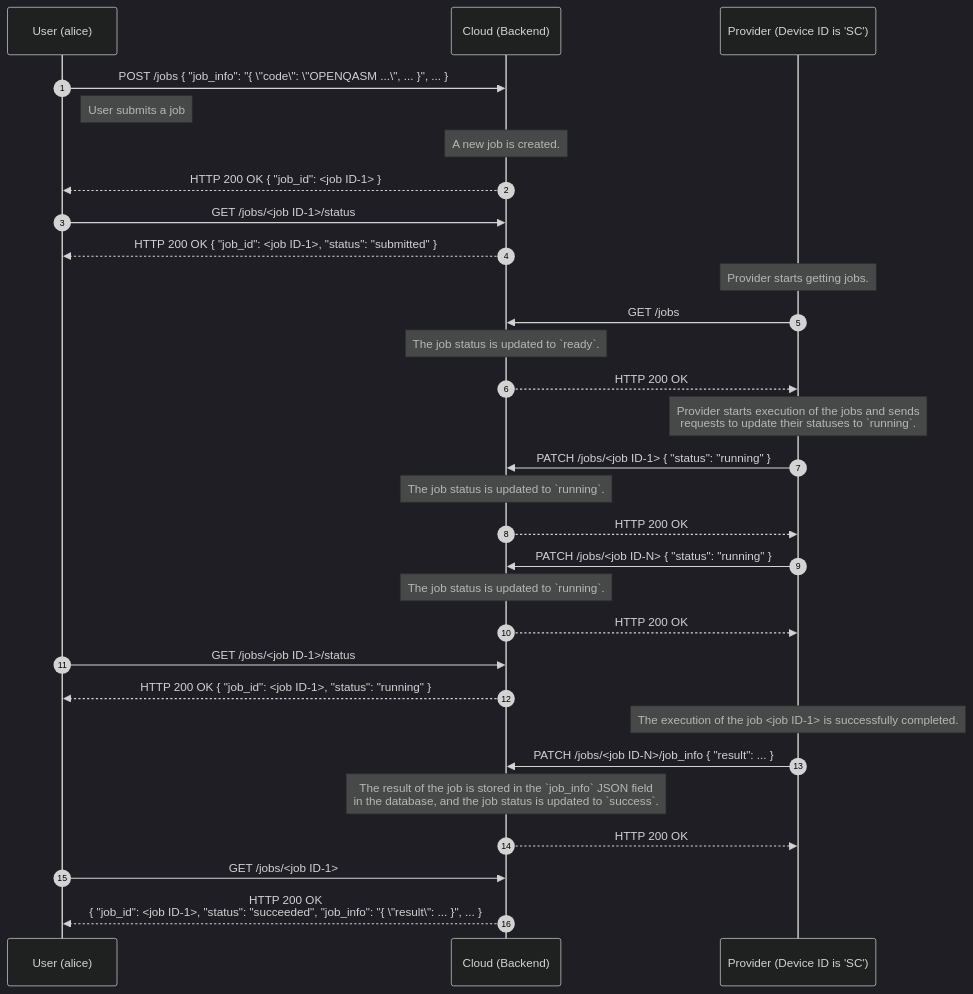
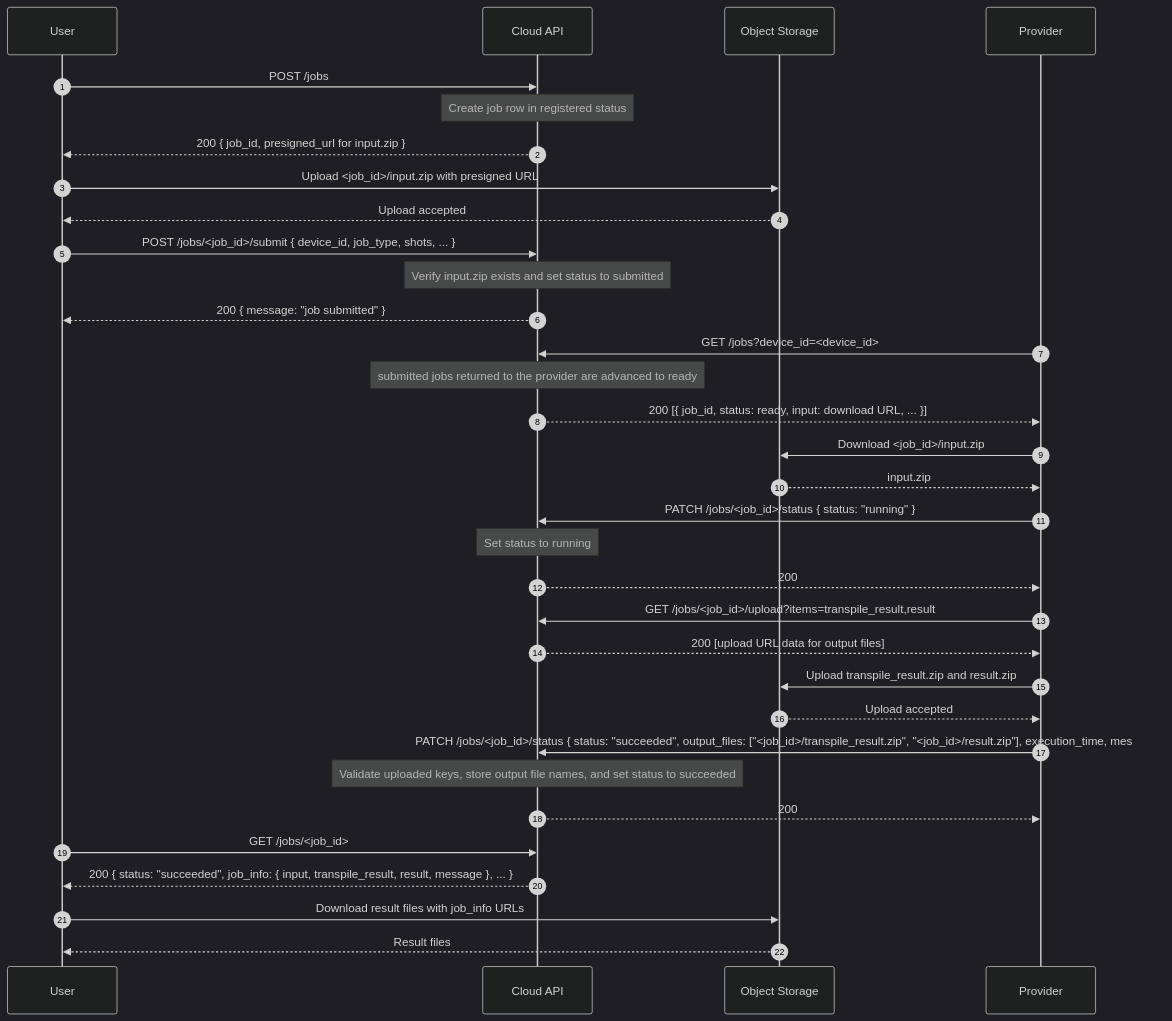
One commit to oqtopus-team/oqtopus-cloud changed the first of 3 diagrams in docs/en/architecture/sequence_diagram.md. Above: the diagram before and after it, drawn with Mermaid (dark theme). The commit also changed other lines of this file and 6 other files, not shown here.

Commit message:
docs: clarify S3-based job storage flow and artifact format (#466)

````diff
--- a/docs/en/architecture/sequence_diagram.md
+++ b/docs/en/architecture/sequence_diagram.md
@@ -11,41 +8,46 @@
 ```mermaid
 sequenceDiagram
     autonumber
-    participant User as User (alice)
-    participant Cloud as Cloud (Backend)
-    participant Provider as Provider (Device ID is 'SC')
+    participant User as User
+    participant Cloud as Cloud API
+    participant Storage as Object Storage
+    participant Provider as Provider
 
-    User->>Cloud: POST /jobs { "job_info": "{ \"code\": \"OPENQASM ...\", ... }", ... }
-    Note right of User: User submits a job
-    Note over Cloud: A new job is created.
-    Cloud-->>User: HTTP 200 OK { "job_id": <job ID-1> }
+    User->>Cloud: POST /jobs
+    Note over Cloud: Create job row in registered status
+    Cloud-->>User: 200 { job_id, presigned_url for input.zip }
 
-    User->>Cloud: GET /jobs/<job ID-1>/status
-    Cloud-->>User: HTTP 200 OK { "job_id": <job ID-1>, "status": "submitted" }
+    User->>Storage: Upload <job_id>/input.zip with presigned URL
+    Storage-->>User: Upload accepted
 
-    Note over Provider: Provider starts getting jobs.
-    Provider->>Cloud: GET /jobs
-    Note over Cloud: The job status is updated to `ready`.
-    Cloud-->>Provider: HTTP 200 OK
+    User->>Cloud: POST /jobs/<job_id>/submit { device_id, job_type, shots, ... }
+    Note over Cloud: Verify input.zip exists and set status to submitted
+    Cloud-->>User: 200 { message: "job submitted" }
 
-    Note over Provider: Provider starts execution of the jobs and sends <br/>  requests to update their statuses to `running`.
-    Provider->>Cloud: PATCH /jobs/<job ID-1> { "status": "running" }
-    Note over Cloud: The job status is updated to `running`.
-    Cloud-->>Provider: HTTP 200 OK
+    Provider->>Cloud: GET /jobs?device_id=<device_id>
+    Note over Cloud: submitted jobs returned to the provider are advanced to ready
+    Cloud-->>Provider: 200 [{ job_id, status: ready, input: download URL, ... }]
 
-    Provider->>Cloud: PATCH /jobs/<job ID-N> { "status": "running" }
-    Note over Cloud: The job status is updated to `running`.
-    Cloud-->>Provider: HTTP 200 OK
+    Provider->>Storage: Download <job_id>/input.zip
+    Storage-->>Provider: input.zip
 
-    User->>Cloud: GET /jobs/<job ID-1>/status
-    Cloud-->>User: HTTP 200 OK { "job_id": <job ID-1>, "status": "running" }
+    Provider->>Cloud: PATCH /jobs/<job_id>/status { status: "running" }
+    Note over Cloud: Set status to running
+    Cloud-->>Provider: 200
 
-    Note over Provider: The execution of the job <job ID-1> is successfully completed.
-    Provider->>Cloud: PATCH /jobs/<job ID-N>/job_info { "result": ... }
+    Provider->>Cloud: GET /jobs/<job_id>/upload?items=transpile_result,result
+    Cloud-->>Provider: 200 [upload URL data for output files]
 
-    Note over Cloud: The result of the job is stored in the `job_info` JSON field<br /> in the database, and the job status is updated to `success`.
-    Cloud-->>Provider: HTTP 200 OK
+    Provider->>Storage: Upload transpile_result.zip and result.zip
+    Storage-->>Provider: Upload accepted
 
-    User->>Cloud: GET /jobs/<job ID-1>
-    Cloud-->>User: HTTP 200 OK <br>{ "job_id": <job ID-1>, "status": "succeeded", "job_info": "{ \"result\": ... }", ... } 
+    Provider->>Cloud: PATCH /jobs/<job_id>/status { status: "succeeded", output_files: ["<job_id>/transpile_result.zip", "<job_id>/result.zip"], execution_time, message }
+    Note over Cloud: Validate uploaded keys, store output file names, and set status to succeeded
+    Cloud-->>Provider: 200
+
+    User->>Cloud: GET /jobs/<job_id>
+    Cloud-->>User: 200 { status: "succeeded", job_info: { input, transpile_result, result, message }, ... }
+
+    User->>Storage: Download result files with job_info URLs
+    Storage-->>User: Result files
 ```
````
